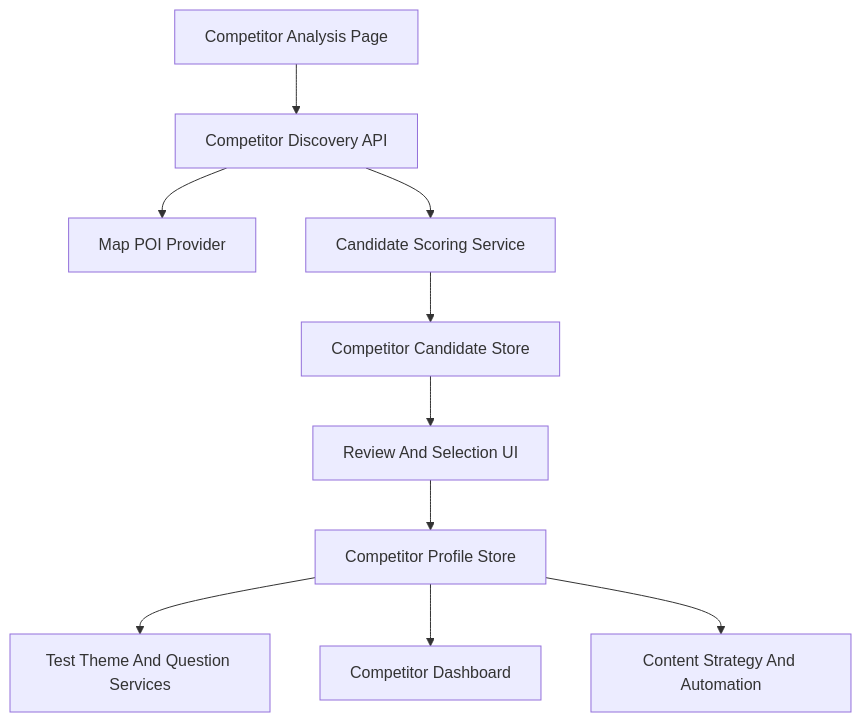
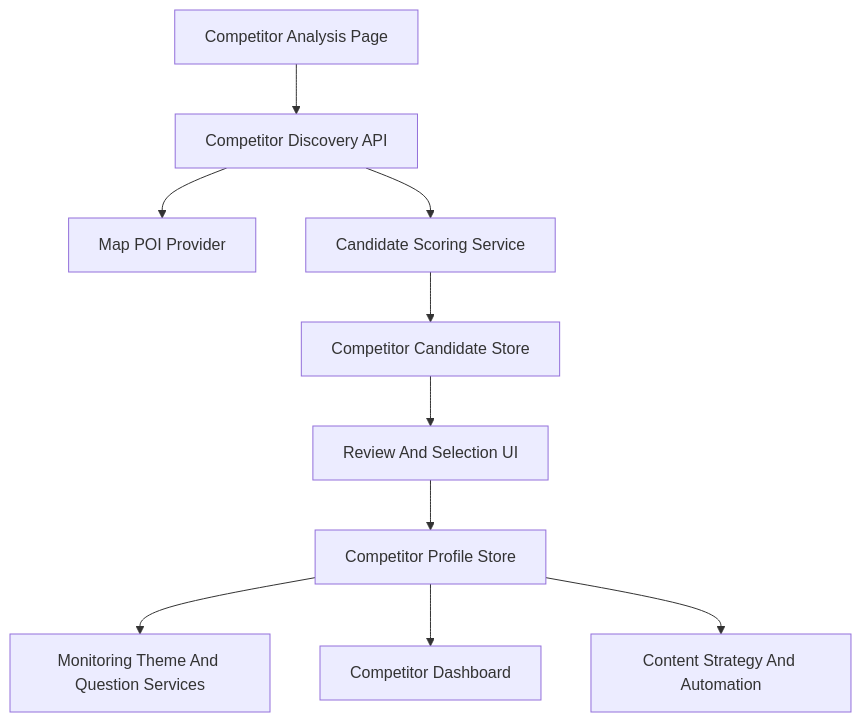
One commit to nn190yxn/Alex changed the diagram in .monkeycode/specs/competitor-map-discovery/design.md. Above: the diagram before and after it, drawn with Mermaid. The commit also changed other lines of this file and 149 other files, not shown here.

````diff
--- a/.monkeycode/specs/competitor-map-discovery/design.md
+++ b/.monkeycode/specs/competitor-map-discovery/design.md
@@ -12,12 +12,12 @@
 ```mermaid
 graph TD
     A["Competitor Analysis Page"] --> B["Competitor Discovery API"]
     B --> C["Map POI Provider"]
     B --> D["Candidate Scoring Service"]
     D --> E["Competitor Candidate Store"]
     E --> F["Review And Selection UI"]
     F --> G["Competitor Profile Store"]
-    G --> H["Test Theme And Question Services"]
+    G --> H["Monitoring Theme And Question Services"]
     G --> I["Competitor Dashboard"]
     G --> J["Content Strategy And Automation"]
 ```
````
